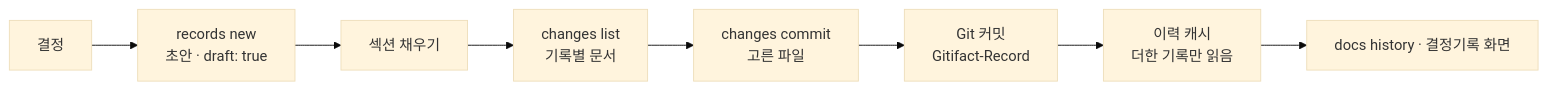
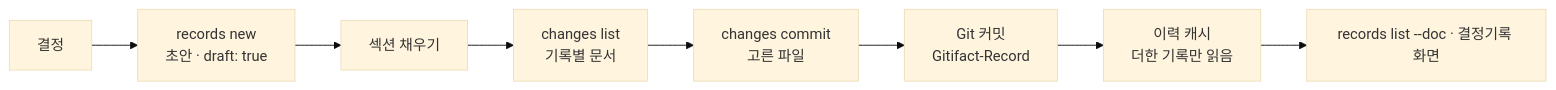
The diagram in .gitifact/spec/records/design/overview.md (dev-goraebap/gitifact), drawn with Mermaid (base theme) before and after one commit. The commit also changed other lines of this file and 79 other files, not shown here.

````diff
--- a/.gitifact/spec/records/design/overview.md
+++ b/.gitifact/spec/records/design/overview.md
@@ -19,10 +19,10 @@
 ```mermaid
 flowchart LR
   A["결정"] --> N["records new<br/>초안 · draft: true"]
   N --> F["섹션 채우기"]
   F --> L["changes list<br/>기록별 문서"]
   L --> C["changes commit<br/>고른 파일"]
   C --> G["Git 커밋<br/>Gitifact-Record"]
   G --> H["이력 캐시<br/>더한 기록만 읽음"]
-  H --> V["docs history · 결정기록 화면"]
+  H --> V["records list --doc · 결정기록 화면"]
 ```
````
